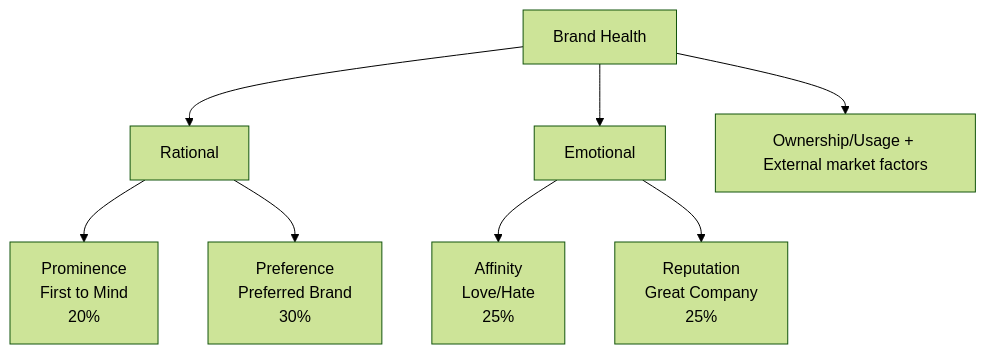
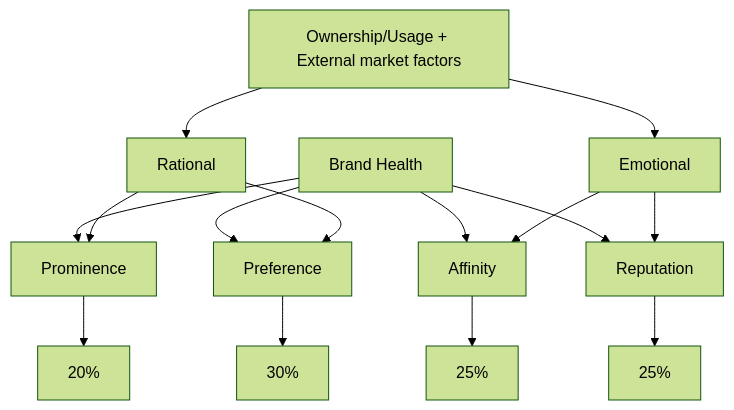
Before and after one commit to siddharthjena-brandscapes/Klarifai-Notebook: the diagram in backend/markdown_files/24_-_Morocco_-_BHT_-_Report_310724.md, drawn with Mermaid (forest theme). The commit also changed other lines of this file and 20 other files, not shown here.

````diff
--- a/backend/markdown_files/24_-_Morocco_-_BHT_-_Report_310724.md
+++ b/backend/markdown_files/24_-_Morocco_-_BHT_-_Report_310724.md
@@ -1116,24 +1115,18 @@
 ```mermaid
 graph TD
     A[Brand Health]
-    B[Rational]
-    C[Emotional]
-    D[Prominence]
-    E[Preference]
-    F[Affinity]
-    G[Reputation]
-    H[Ownership/Usage + External market factors]
-
-    A --> B
-    A --> C
-    B --> D
-    B --> E
-    C --> F
-    C --> G
-    A --> H
-
-    D[Prominence<br>First to Mind<br>20%]
-    E[Preference<br>Preferred Brand<br>30%]
-    F[Affinity<br>Love/Hate<br>25%]
-    G[Reputation<br>Great Company<br>25%]
+    A --> B[Prominence]
+    A --> C[Preference]
+    A --> D[Affinity]
+    A --> E[Reputation]
+    B --> F[20%]
+    C --> G[30%]
+    D --> H[25%]
+    E --> I[25%]
+    J[Rational] --> B
+    J --> C
+    K[Emotional] --> D
+    K --> E
+    L[Ownership/Usage + External market factors] --> J
+    L --> K
 ```
````
